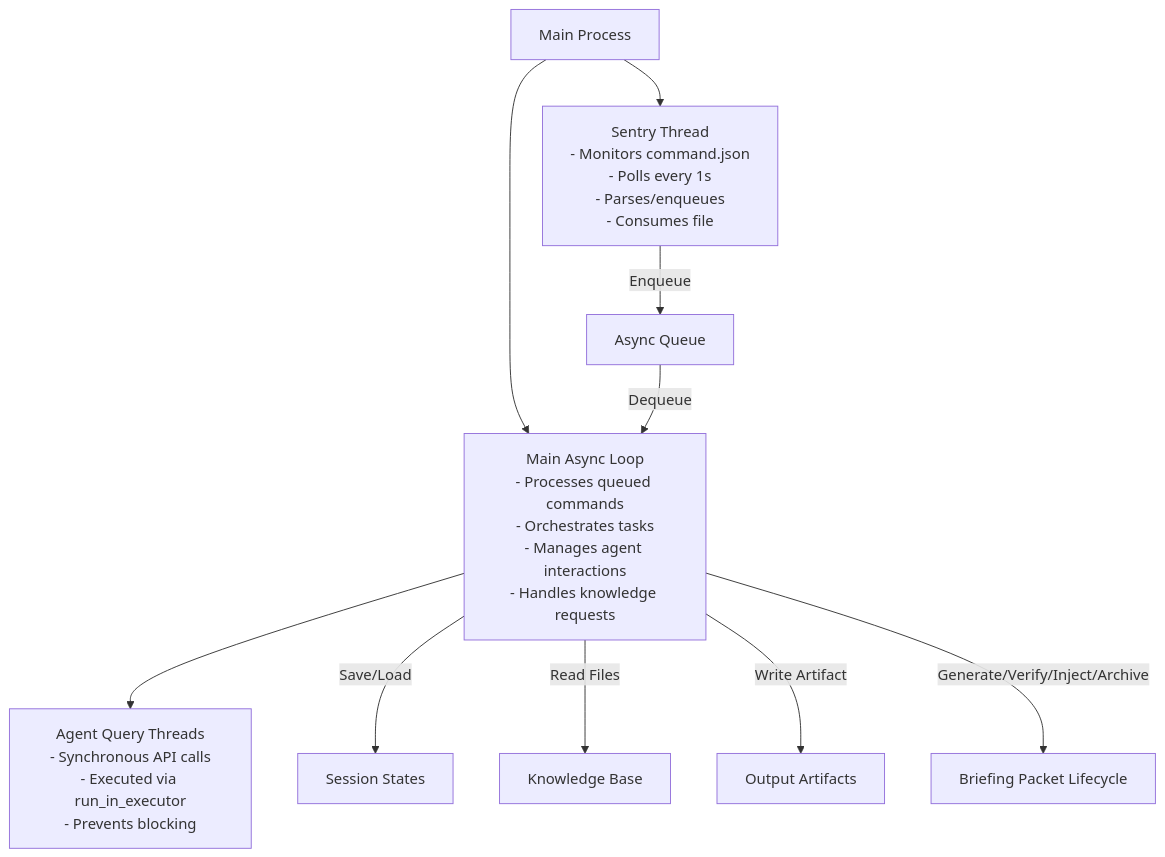
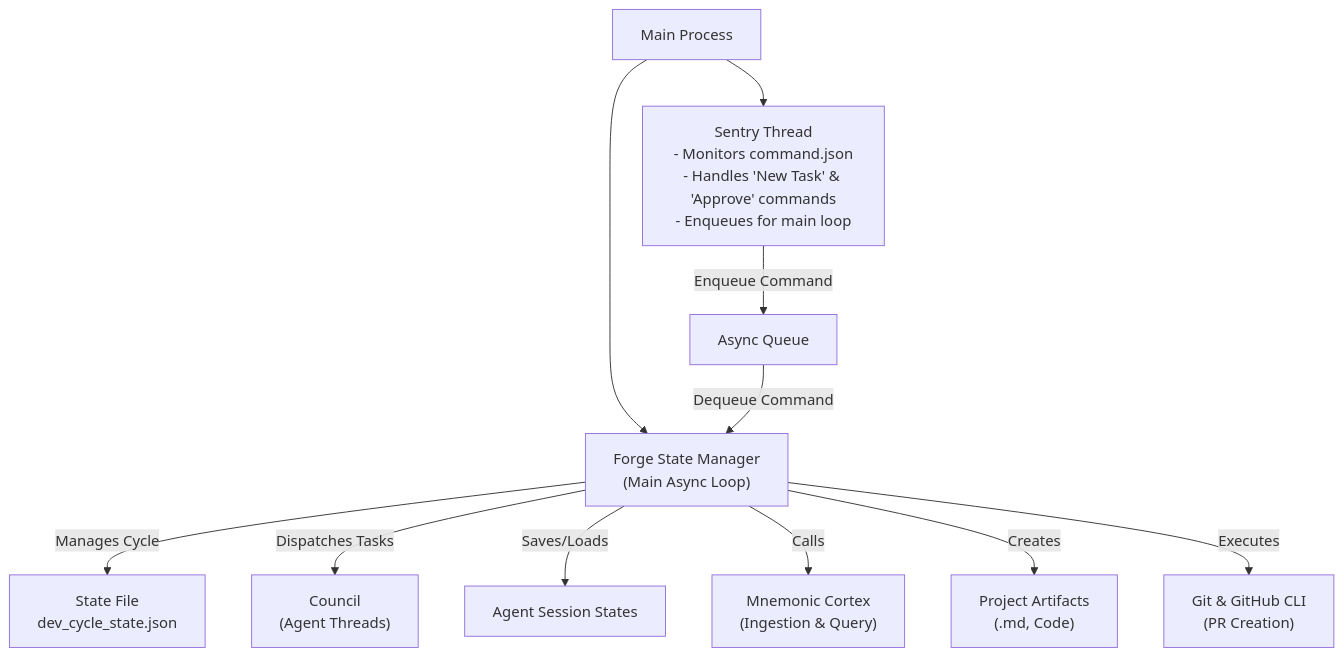
One commit to richfrem/Project_Sanctuary changed the second of 2 diagrams in council_orchestrator/README.md. Above: the diagram before and after it, drawn with Mermaid. The commit also changed other lines of this file and 7 other files, not shown here.

Commit message:
feat: Implement Operation Sovereign Forge - Generative Development Cycle

````diff
--- a/council_orchestrator/README.md
+++ b/council_orchestrator/README.md
@@ -104,17 +147,15 @@
 ```mermaid
 graph TD
-    A[Main Process] --> B[Sentry Thread]
-    A --> C[Main Async Loop]
-    C --> D[Agent Query Threads]
+    A[Main Process] --> B["Sentry Thread<br/>- Monitors command.json<br/>- Handles 'New Task' & 'Approve' commands<br/>- Enqueues for main loop"]
+    A --> C["Forge State Manager<br/>(Main Async Loop)"]
 
-    B[Sentry Thread<br/>- Monitors command.json<br/>- Polls every 1s<br/>- Parses/enqueues<br/>- Consumes file]
-    C[Main Async Loop<br/>- Processes queued commands<br/>- Orchestrates tasks<br/>- Manages agent interactions<br/>- Handles knowledge requests]
-    D[Agent Query Threads<br/>- Synchronous API calls<br/>- Executed via run_in_executor<br/>- Prevents blocking]
+    B -->|Enqueue Command| J[Async Queue]
+    J -->|Dequeue Command| C
 
-    B -->|Enqueue| E[Async Queue]
-    E -->|Dequeue| C
-    C -->|Save/Load| F[Session States]
-    C -->|Read Files| G[Knowledge Base]
-    C -->|Write Artifact| H[Output Artifacts]
-    C -->|Generate/Verify/Inject/Archive| I[Briefing Packet Lifecycle]
+    C --> |Manages Cycle| D["State File<br/>dev_cycle_state.json"]
+    C --> |Dispatches Tasks| E["Council<br/>(Agent Threads)"]
+    C --> |Saves/Loads| F[Agent Session States]
+    C --> |Calls| G["Mnemonic Cortex<br/>(Ingestion & Query)"]
+    C --> |Creates| H["Project Artifacts<br/>(.md, Code)"]
+    C --> |Executes| I["Git & GitHub CLI<br/>(PR Creation)"]
 ```
````
